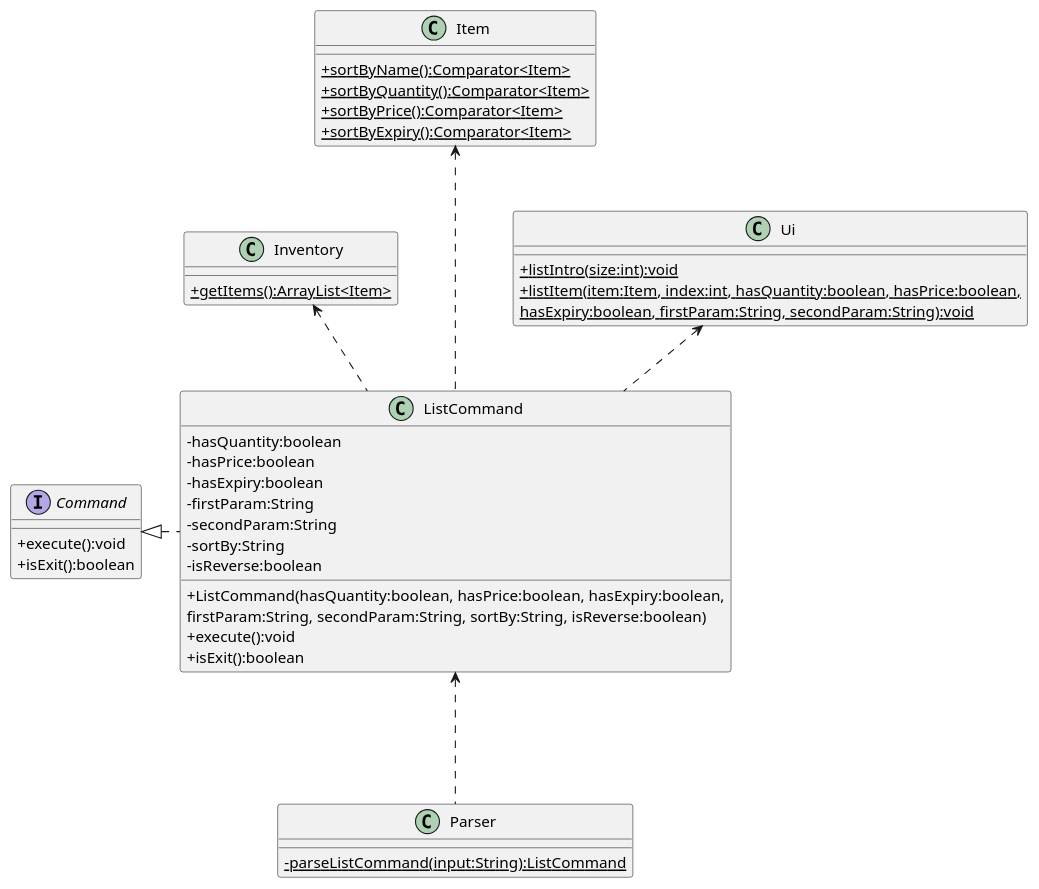
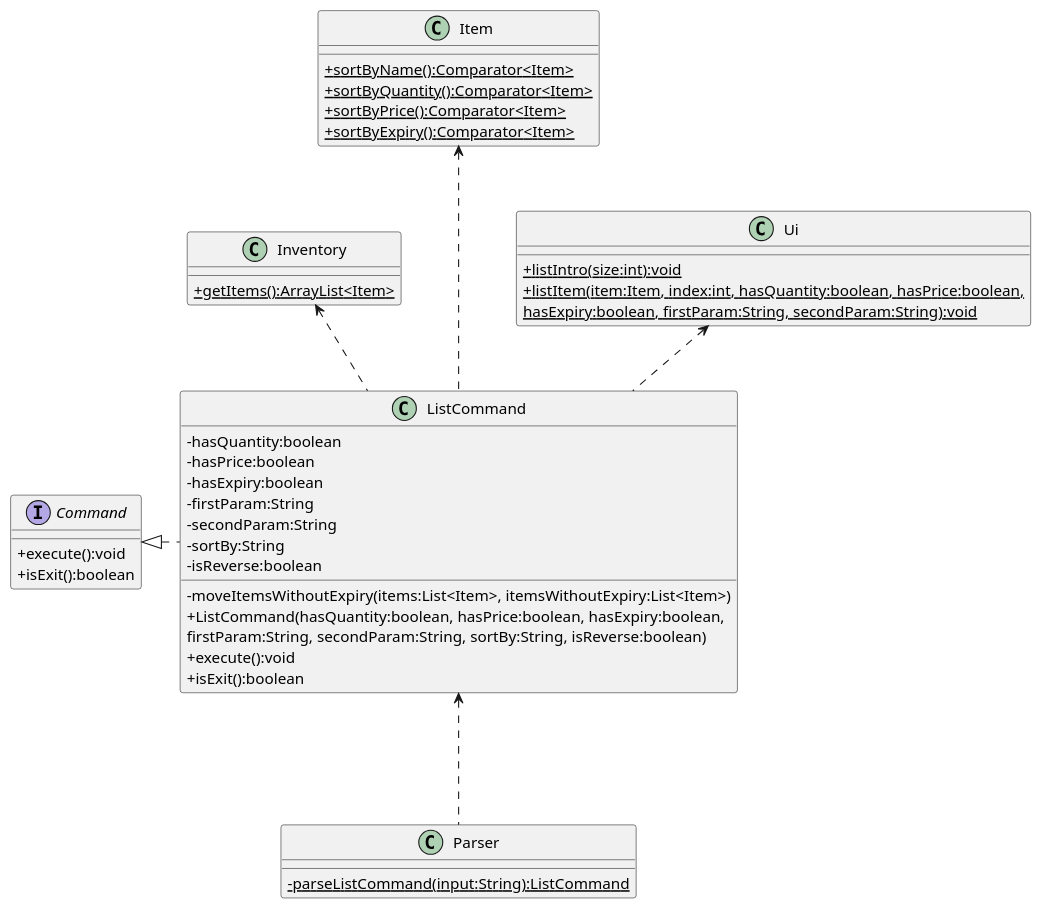
Before and after one commit to rismm/tp: the first of 2 diagrams in docs/uml-diagrams/ListCommand.puml, drawn with PlantUML. The commit also changed other lines of this file and 2 other files, not shown here.

Commit message:
Update UML diagrams for list command

```diff
--- a/docs/uml-diagrams/ListCommand.puml
+++ b/docs/uml-diagrams/ListCommand.puml
@@ -1,56 +1,57 @@
 @startuml
 skinparam classAttributeIconSize 0
 
 abstract class Command
 class Inventory
 class Item
 class ListCommand
 class Parser
 class Ui
 
 Command <|. ListCommand
 Item <... ListCommand
 Ui <.. ListCommand
 Inventory <.. ListCommand
 ListCommand <... Parser
 
 interface Command {
     +execute():void
     +isExit():boolean
 }
 
 class ListCommand {
     -hasQuantity:boolean
     -hasPrice:boolean
     -hasExpiry:boolean
     -firstParam:String
     -secondParam:String
     -sortBy:String
     -isReverse:boolean
+    -moveItemsWithoutExpiry(items:List<Item>, itemsWithoutExpiry:List<Item>)
     +ListCommand(hasQuantity:boolean, hasPrice:boolean, hasExpiry:boolean,
     firstParam:String, secondParam:String, sortBy:String, isReverse:boolean)
     +execute():void
     +isExit():boolean
 }
 
 class Item {
     {static}+sortByName():Comparator<Item>
     {static}+sortByQuantity():Comparator<Item>
     {static}+sortByPrice():Comparator<Item>
     {static}+sortByExpiry():Comparator<Item>
 }
 
 class Inventory {
     {static}+getItems():ArrayList<Item>
 }
 
 class Ui {
-     {static}+listIntro(size:int):void
+    {static}+listIntro(size:int):void
     {static}+listItem(item:Item, index:int, hasQuantity:boolean, hasPrice:boolean,
     {static}hasExpiry:boolean, firstParam:String, secondParam:String):void
 }
 
 class Parser {
     {static}-parseListCommand(input:String):ListCommand
 }
 @enduml
```
